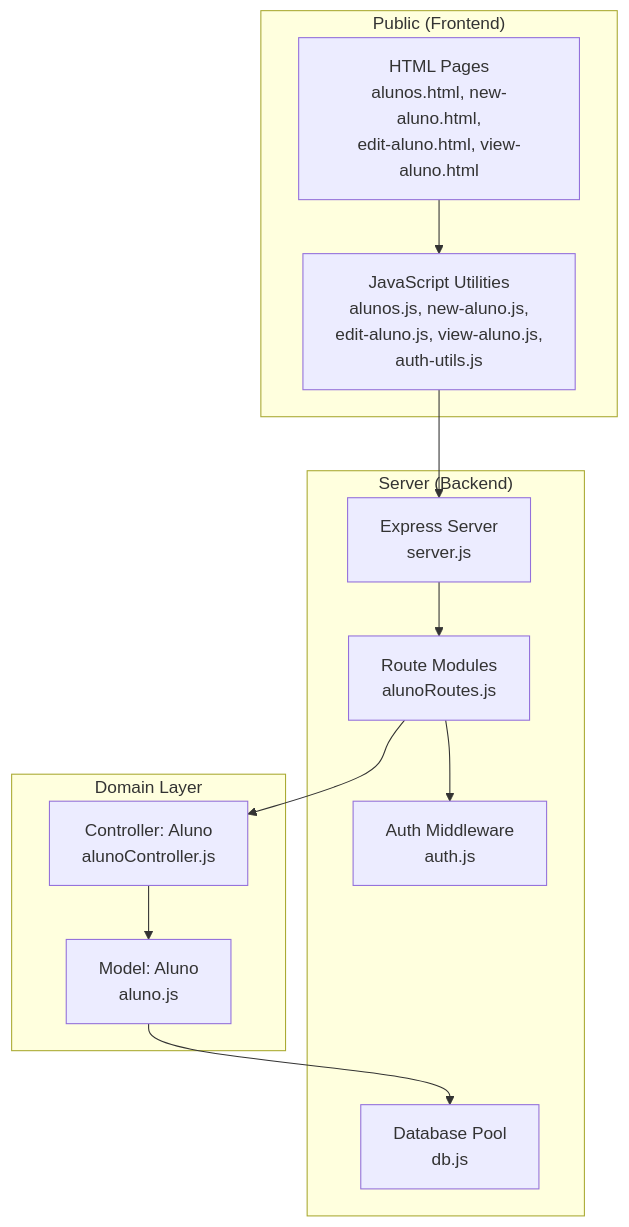
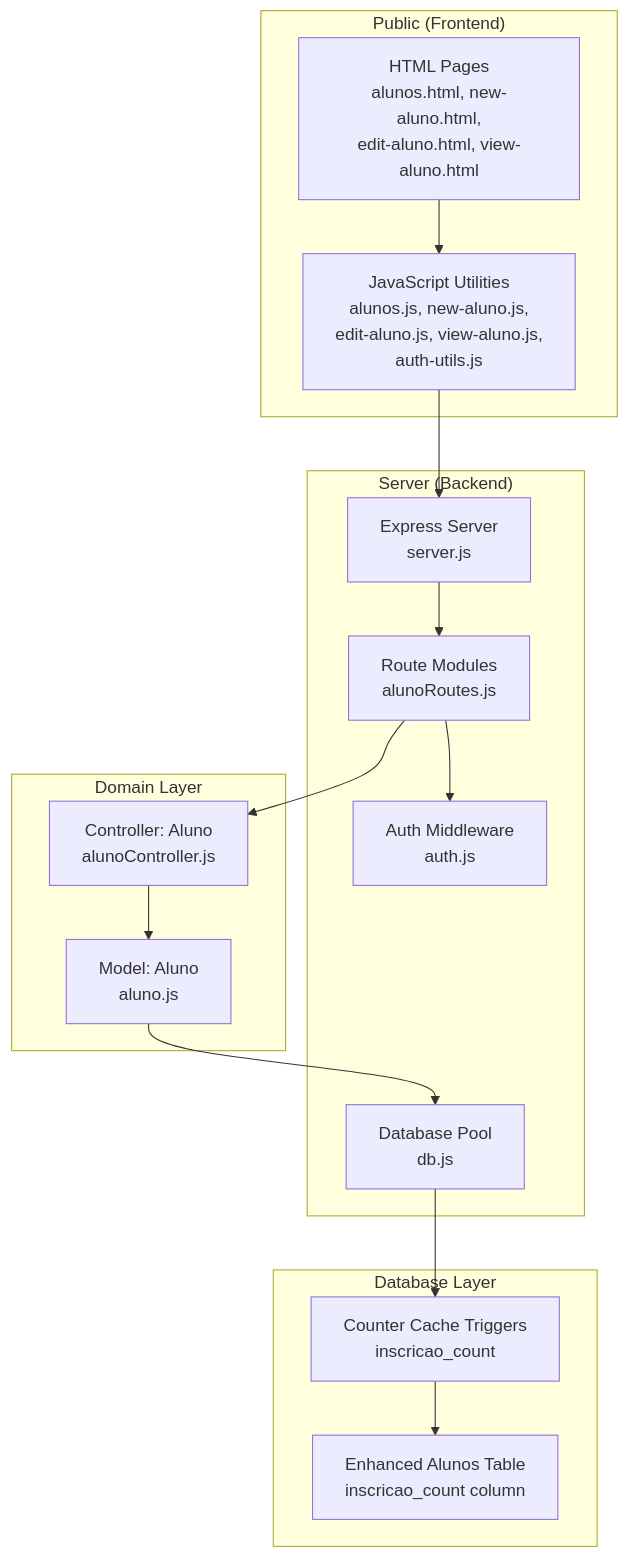
The first of 8 diagrams in .qoder/repowiki/en/content/Core Features Implementation/Student Management System.md (luiseduacosta/nodemural), drawn with Mermaid before and after one commit. The commit also changed other lines of this file and 16 other files, not shown here.

````diff
--- a/.qoder/repowiki/en/content/Core Features Implementation/Student Management System.md
+++ b/.qoder/repowiki/en/content/Core Features Implementation/Student Management System.md
@@ -43,24 +56,30 @@
 ```mermaid
 graph TB
 subgraph "Public (Frontend)"
 A_HTML["HTML Pages<br/>alunos.html, new-aluno.html,<br/>edit-aluno.html, view-aluno.html"]
 A_JS["JavaScript Utilities<br/>alunos.js, new-aluno.js,<br/>edit-aluno.js, view-aluno.js,<br/>auth-utils.js"]
 end
 subgraph "Server (Backend)"
 S_Server["Express Server<br/>server.js"]
 S_Routes["Route Modules<br/>alunoRoutes.js"]
 S_Middleware["Auth Middleware<br/>auth.js"]
 S_DB["Database Pool<br/>db.js"]
 end
 subgraph "Domain Layer"
 M_Model["Model: Aluno<br/>aluno.js"]
 C_Controller["Controller: Aluno<br/>alunoController.js"]
 end
+subgraph "Database Layer"
+D_Trigger["Counter Cache Triggers<br/>inscricao_count"]
+D_Table["Enhanced Alunos Table<br/>inscricao_count column"]
+end
 A_HTML --> A_JS
 A_JS --> S_Server
 S_Server --> S_Routes
 S_Routes --> S_Middleware
 S_Routes --> C_Controller
 C_Controller --> M_Model
 M_Model --> S_DB
+S_DB --> D_Trigger
+D_Trigger --> D_Table
 ```
````
